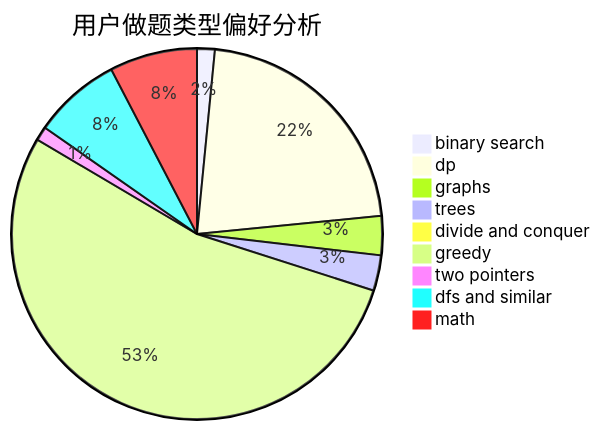
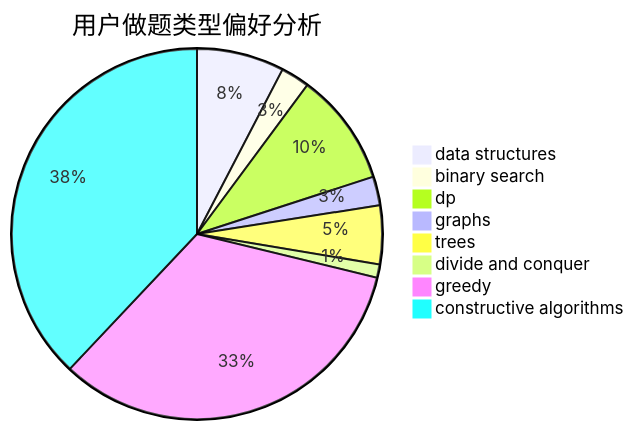
The second of 3 diagrams in docs/user/u893.md (sherpahu/cfrs.github.io), drawn with Mermaid before and after one commit. The commit also changed other lines of this file and 2775 other files, not shown here.

````diff
--- a/docs/user/u893.md
+++ b/docs/user/u893.md
@@ -23,12 +23,11 @@
 ```mermaid
 pie title 用户做题类型偏好分析
-    "binary search" :  34
-    "dp" :  481
-    "graphs" :  75
-    "trees" :  68
+    "data structures" :  79
+    "binary search" :  26
+    "dp" :  102
+    "graphs" :  26
+    "trees" :  53
     "divide and conquer" :  12
-    "greedy" :  1177
-    "two pointers" :  27
-    "dfs and similar" :  168
-    "math" :  168
+    "greedy" :  344
+    "constructive algorithms" :  393
 ```
````
